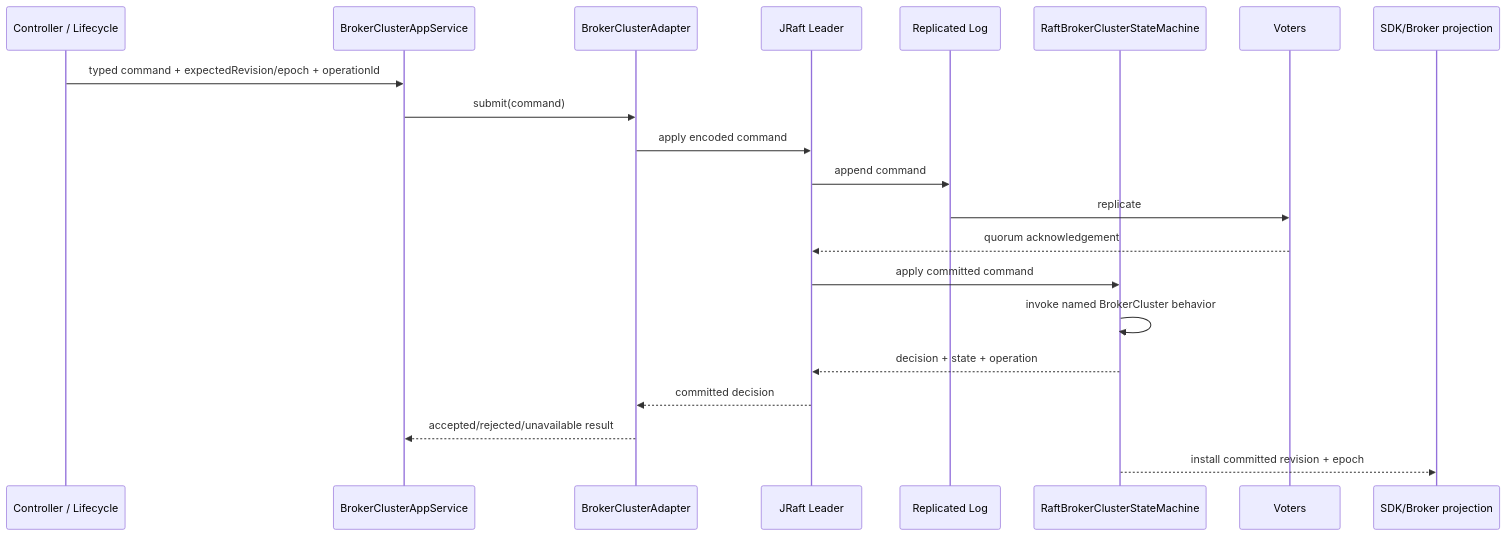
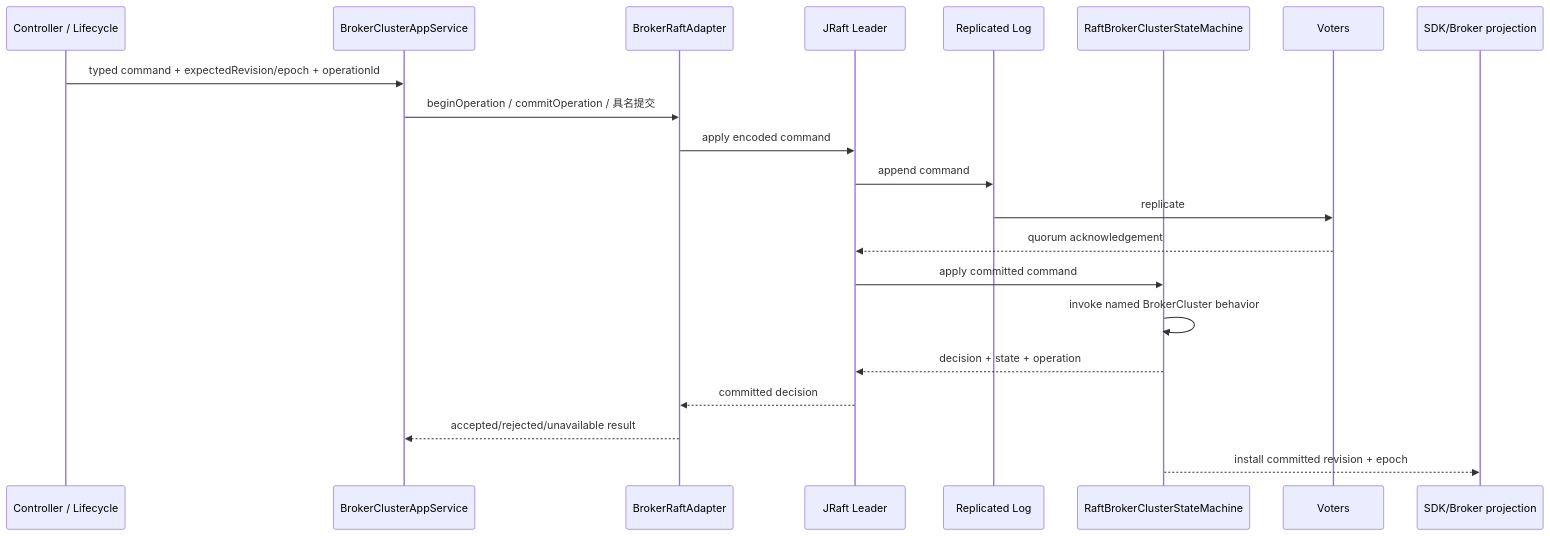
One commit to kc-co9/im-chat changed diagram 11 of 18 in im-broker/ARCHITECTURE.md. Above: the diagram before and after it, drawn with Mermaid. The commit also changed other lines of this file and 548 other files, not shown here.

````diff
--- a/im-broker/ARCHITECTURE.md
+++ b/im-broker/ARCHITECTURE.md
@@ -471,24 +544,24 @@
 ```mermaid
 sequenceDiagram
     participant Caller as Controller / Lifecycle
     participant App as BrokerClusterAppService
-    participant Adapter as BrokerClusterAdapter
+    participant Adapter as BrokerRaftAdapter
     participant Leader as JRaft Leader
     participant Log as Replicated Log
     participant SM as RaftBrokerClusterStateMachine
     participant Voters as Voters
     participant Projection as SDK/Broker projection
 
     Caller->>App: typed command + expectedRevision/epoch + operationId
-    App->>Adapter: submit(command)
+    App->>Adapter: beginOperation / commitOperation / 具名提交
     Adapter->>Leader: apply encoded command
     Leader->>Log: append command
     Log->>Voters: replicate
     Voters-->>Leader: quorum acknowledgement
     Leader->>SM: apply committed command
     SM->>SM: invoke named BrokerCluster behavior
     SM-->>Leader: decision + state + operation
     Leader-->>Adapter: committed decision
     Adapter-->>App: accepted/rejected/unavailable result
     SM-->>Projection: install committed revision + epoch
 ```
````
